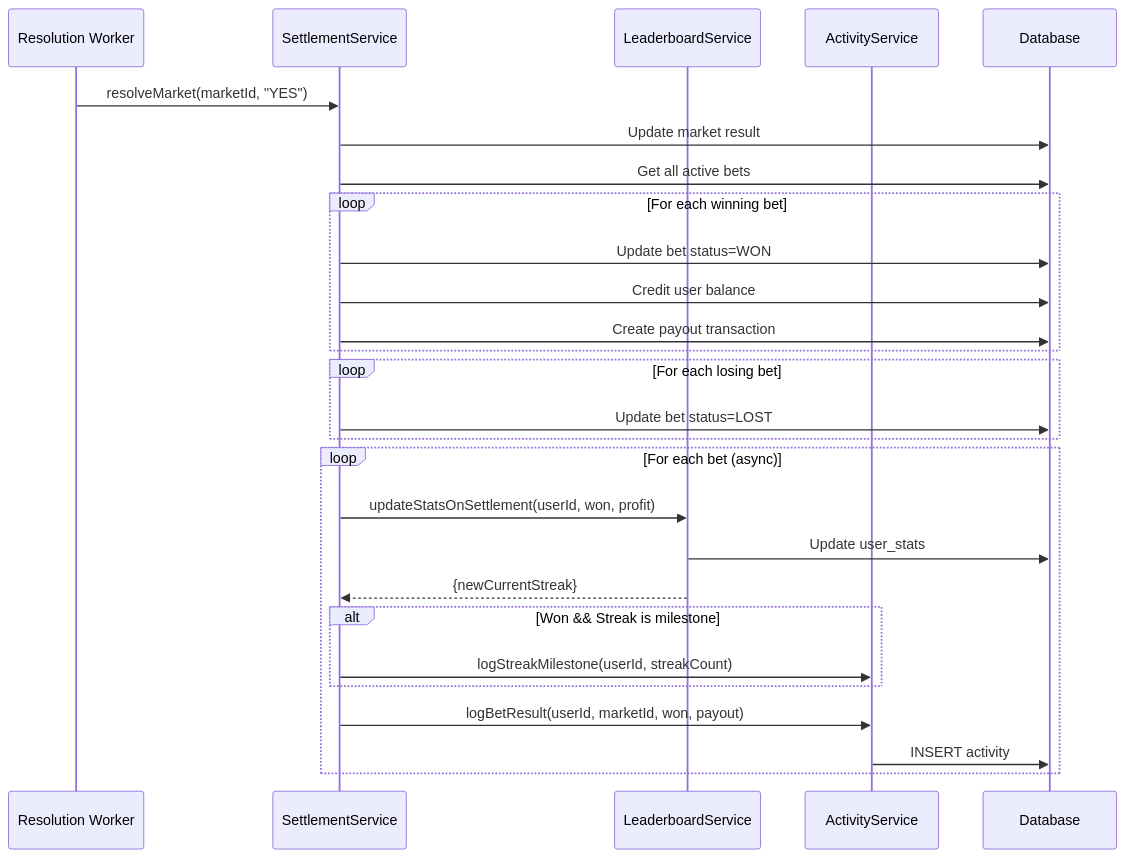
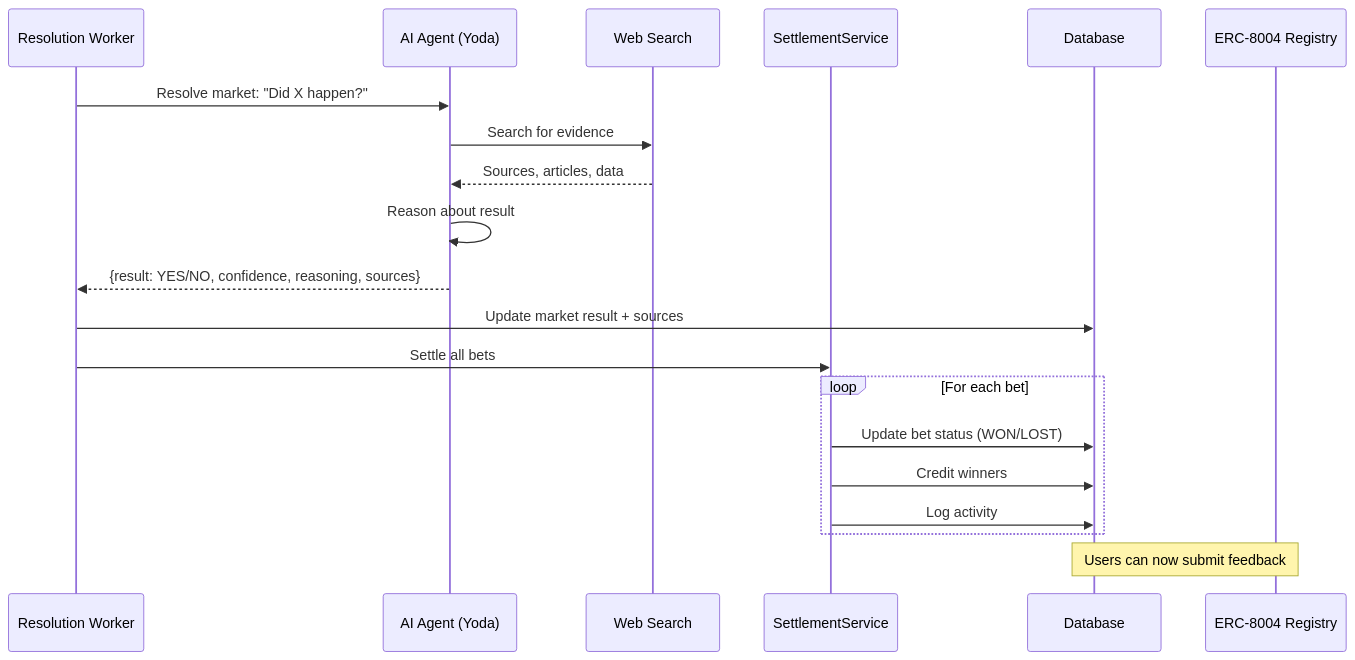
The fifth of 7 diagrams in docs/ACTIVITY_SYSTEM_OVERVIEW.md (grmkris/yoda.fun), drawn with Mermaid before and after one commit. The commit also changed other lines of this file and 6 other files, not shown here.

````diff
--- a/docs/ACTIVITY_SYSTEM_OVERVIEW.md
+++ b/docs/ACTIVITY_SYSTEM_OVERVIEW.md
@@ -84,35 +154,26 @@
 ```mermaid
 sequenceDiagram
     participant Worker as Resolution Worker
+    participant AI as AI Agent (Yoda)
+    participant Web as Web Search
     participant SS as SettlementService
-    participant LS as LeaderboardService
-    participant AS as ActivityService
     participant DB as Database
+    participant ERC as ERC-8004 Registry
 
-    Worker->>SS: resolveMarket(marketId, "YES")
-    SS->>DB: Update market result
-    SS->>DB: Get all active bets
+    Worker->>AI: Resolve market: "Did X happen?"
+    AI->>Web: Search for evidence
+    Web-->>AI: Sources, articles, data
+    AI->>AI: Reason about result
+    AI-->>Worker: {result: YES/NO, confidence, reasoning, sources}
 
-    loop For each winning bet
-        SS->>DB: Update bet status=WON
-        SS->>DB: Credit user balance
-        SS->>DB: Create payout transaction
+    Worker->>DB: Update market result + sources
+    Worker->>SS: Settle all bets
+
+    loop For each bet
+        SS->>DB: Update bet status (WON/LOST)
+        SS->>DB: Credit winners
+        SS->>DB: Log activity
     end
 
-    loop For each losing bet
-        SS->>DB: Update bet status=LOST
-    end
-
-    loop For each bet (async)
-        SS->>LS: updateStatsOnSettlement(userId, won, profit)
-        LS->>DB: Update user_stats
-        LS-->>SS: {newCurrentStreak}
-
-        alt Won && Streak is milestone
-            SS->>AS: logStreakMilestone(userId, streakCount)
-        end
-
-        SS->>AS: logBetResult(userId, marketId, won, payout)
-        AS->>DB: INSERT activity
-    end
+    Note over DB,ERC: Users can now submit feedback
 ```
````
